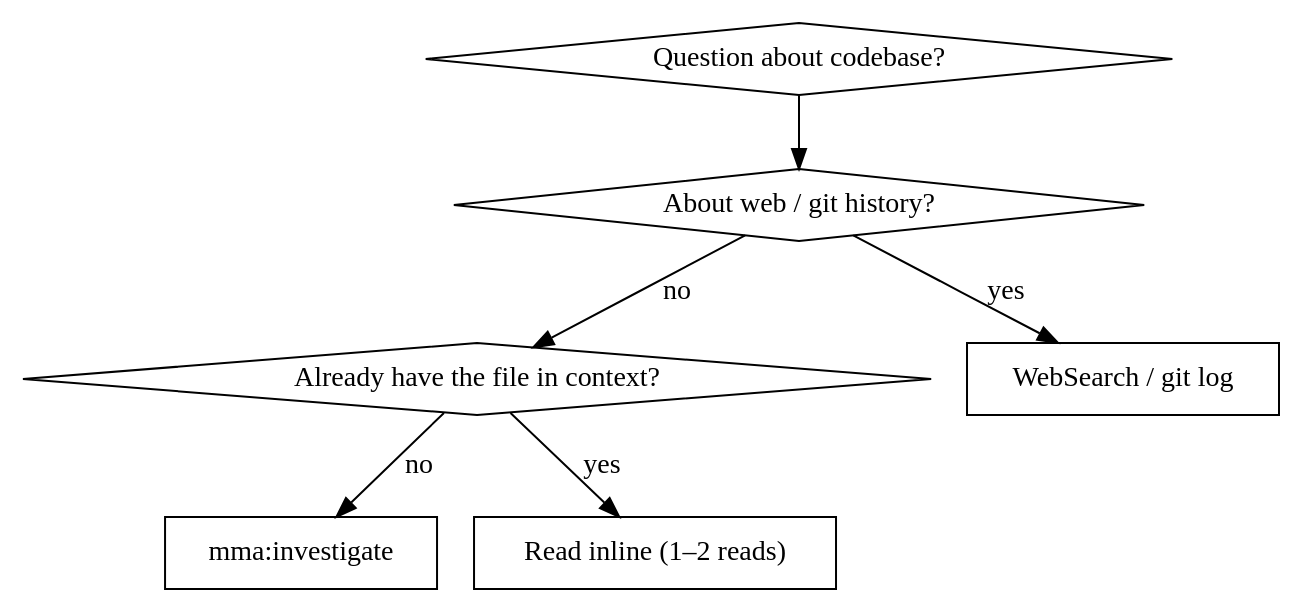
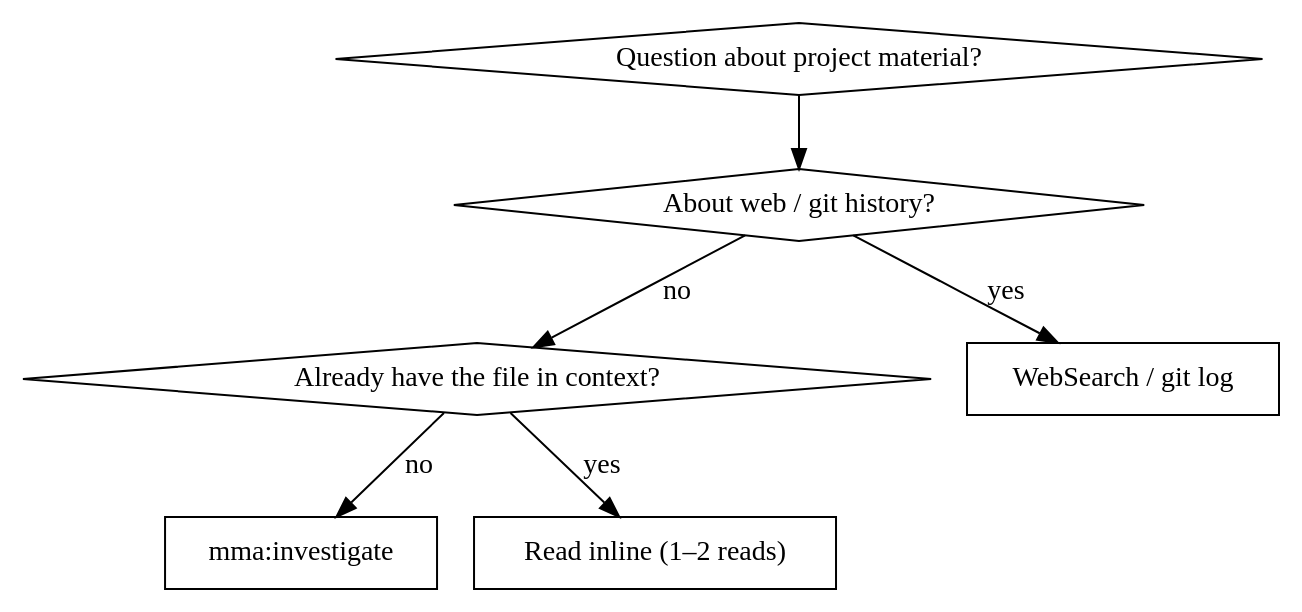
Before and after one commit to zhixuan312/multi-model-agent: the diagram in plugin/skills/investigate/SKILL.md, drawn with Graphviz. The commit also changed other lines of this file and 14 other files, not shown here.

````diff
--- a/plugin/skills/investigate/SKILL.md
+++ b/plugin/skills/investigate/SKILL.md
@@ -18,16 +20,16 @@
 ```dot
 digraph when_to_use {
-    "Question about codebase?" [shape=diamond];
+    "Question about project material?" [shape=diamond];
     "About web / git history?" [shape=diamond];
     "Already have the file in context?" [shape=diamond];
     "mma:investigate" [shape=box];
     "Read inline (1–2 reads)" [shape=box];
     "WebSearch / git log" [shape=box];
 
-    "Question about codebase?" -> "About web / git history?";
+    "Question about project material?" -> "About web / git history?";
     "About web / git history?" -> "WebSearch / git log" [label="yes"];
     "About web / git history?" -> "Already have the file in context?" [label="no"];
     "Already have the file in context?" -> "Read inline (1–2 reads)" [label="yes"];
     "Already have the file in context?" -> "mma:investigate" [label="no"];
 }
 ```
````
